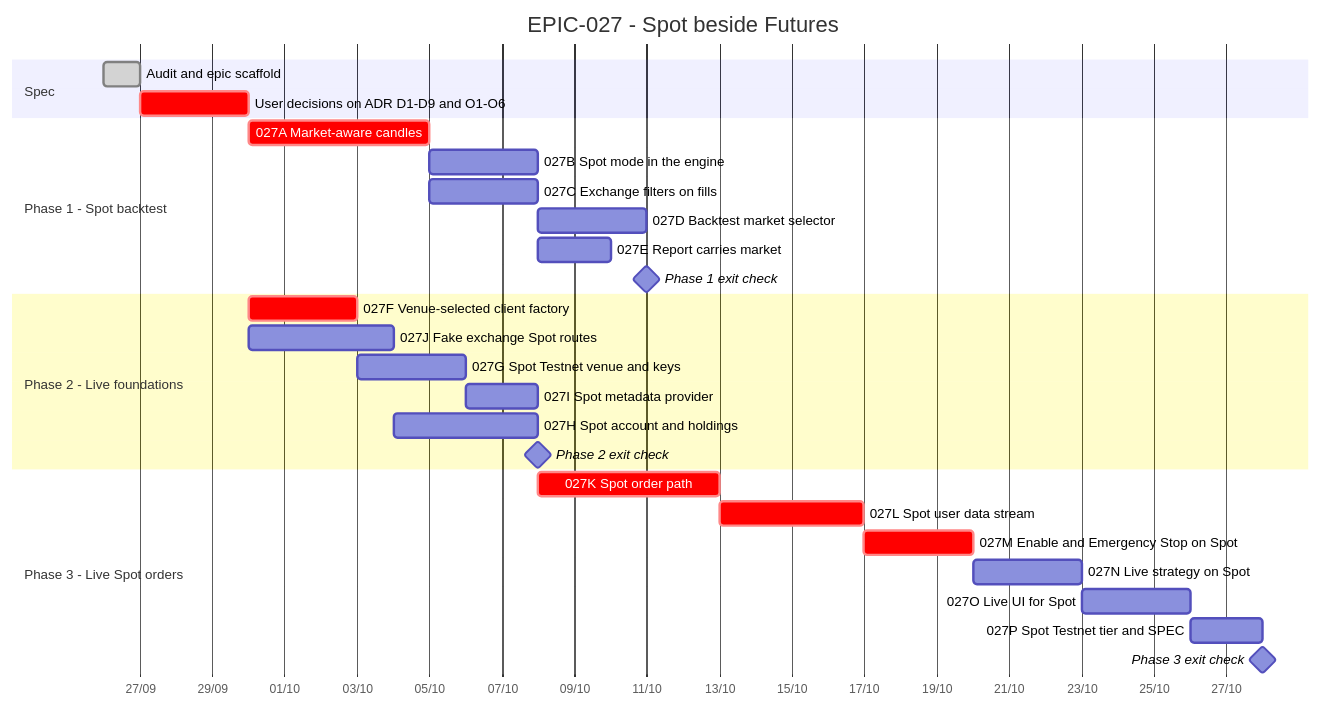
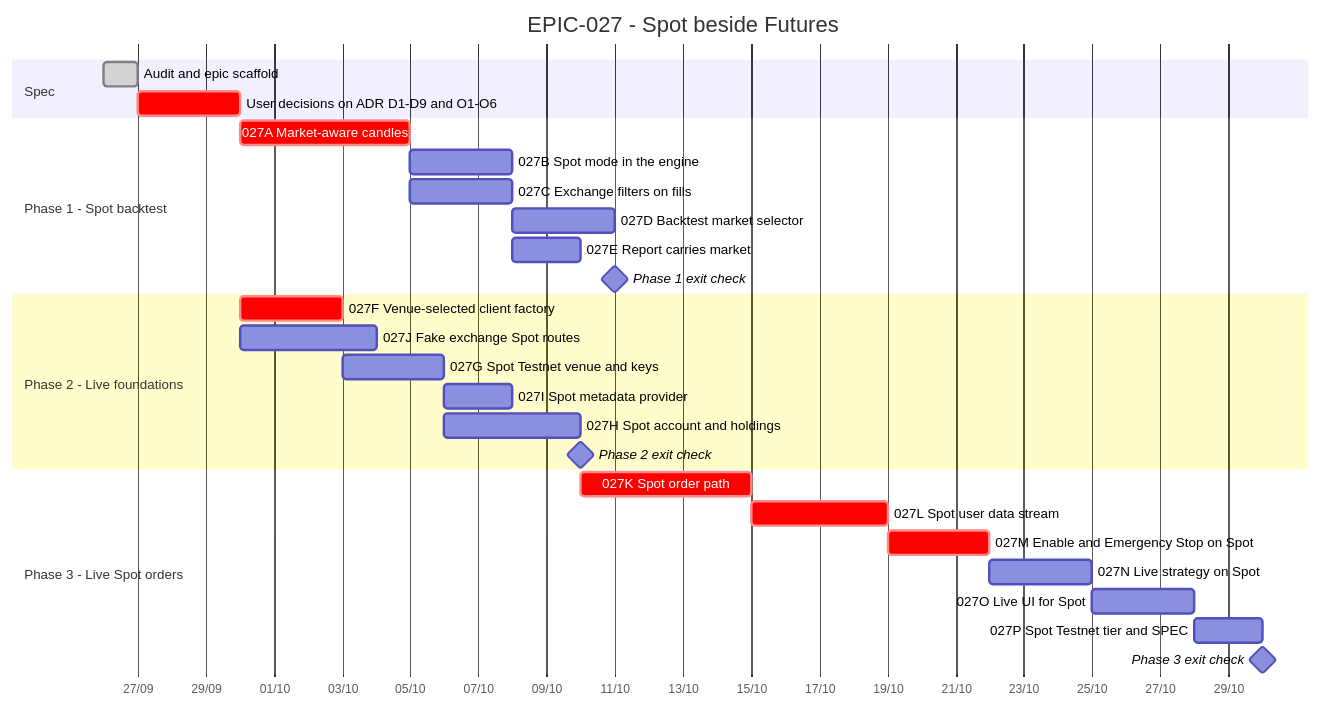
Before and after one commit to anhembedded/Sagittarius_Elite_Warrior: the diagram in Tasks/epics/EPIC-027_spot_trading_and_spot_backtest/TRACKING.md, drawn with Mermaid.

Commit message:
docs(epic-027): make 027H wait for both 027G and 027J in the Gantt
The README's dependency table says EPIC-027H depends on G and J, but the
Gantt bar only waited for J, so it started two days before its venue
existed. Re-validated with mermaid-cli 11.17.0 (exit 0).

Claude-Session: https://claude.ai/code/session_01XVqTURth4Eo26nRZEKwAHL

````diff
--- a/Tasks/epics/EPIC-027_spot_trading_and_spot_backtest/TRACKING.md
+++ b/Tasks/epics/EPIC-027_spot_trading_and_spot_backtest/TRACKING.md
@@ -15,36 +15,36 @@
 ```mermaid
 gantt
     title EPIC-027 - Spot beside Futures
     dateFormat  YYYY-MM-DD
     axisFormat  %d/%m
     todayMarker stroke-width:2px,stroke:#d33,opacity:0.6
 
     section Spec
     Audit and epic scaffold                 :done,    s1, 2026-09-26, 1d
     User decisions on ADR D1-D9 and O1-O6   :crit,    s2, after s1, 3d
 
     section Phase 1 - Spot backtest
     027A Market-aware candles               :crit,    a, after s2, 5d
     027B Spot mode in the engine            :         b, after a, 3d
     027C Exchange filters on fills          :         c, after a, 3d
     027D Backtest market selector           :         d, after b, 3d
     027E Report carries market              :         e, after c, 2d
     Phase 1 exit check                      :milestone, m1, after d, 0d
 
     section Phase 2 - Live foundations
     027F Venue-selected client factory      :crit,    f, after s2, 3d
     027J Fake exchange Spot routes          :         j, after s2, 4d
     027G Spot Testnet venue and keys        :         g, after f, 3d
     027I Spot metadata provider             :         i, after g, 2d
-    027H Spot account and holdings          :         h, after j, 4d
+    027H Spot account and holdings          :         h, after g j, 4d
     Phase 2 exit check                      :milestone, m2, after h, 0d
 
     section Phase 3 - Live Spot orders
     027K Spot order path                    :crit,    k, after m2, 5d
     027L Spot user data stream              :crit,    l, after k, 4d
     027M Enable and Emergency Stop on Spot  :crit,    m, after l, 3d
     027N Live strategy on Spot              :         n, after m, 3d
     027O Live UI for Spot                   :         o, after n, 3d
     027P Spot Testnet tier and SPEC         :         p, after o, 2d
     Phase 3 exit check                      :milestone, m3, after p, 0d
 ```
````
